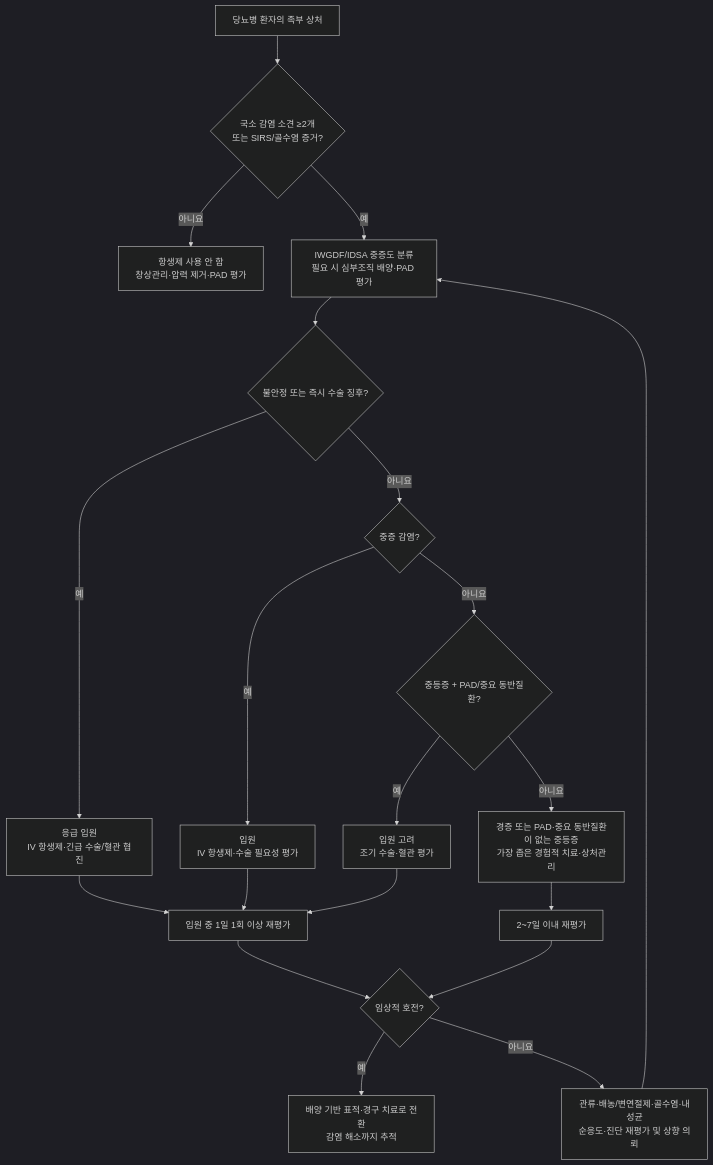
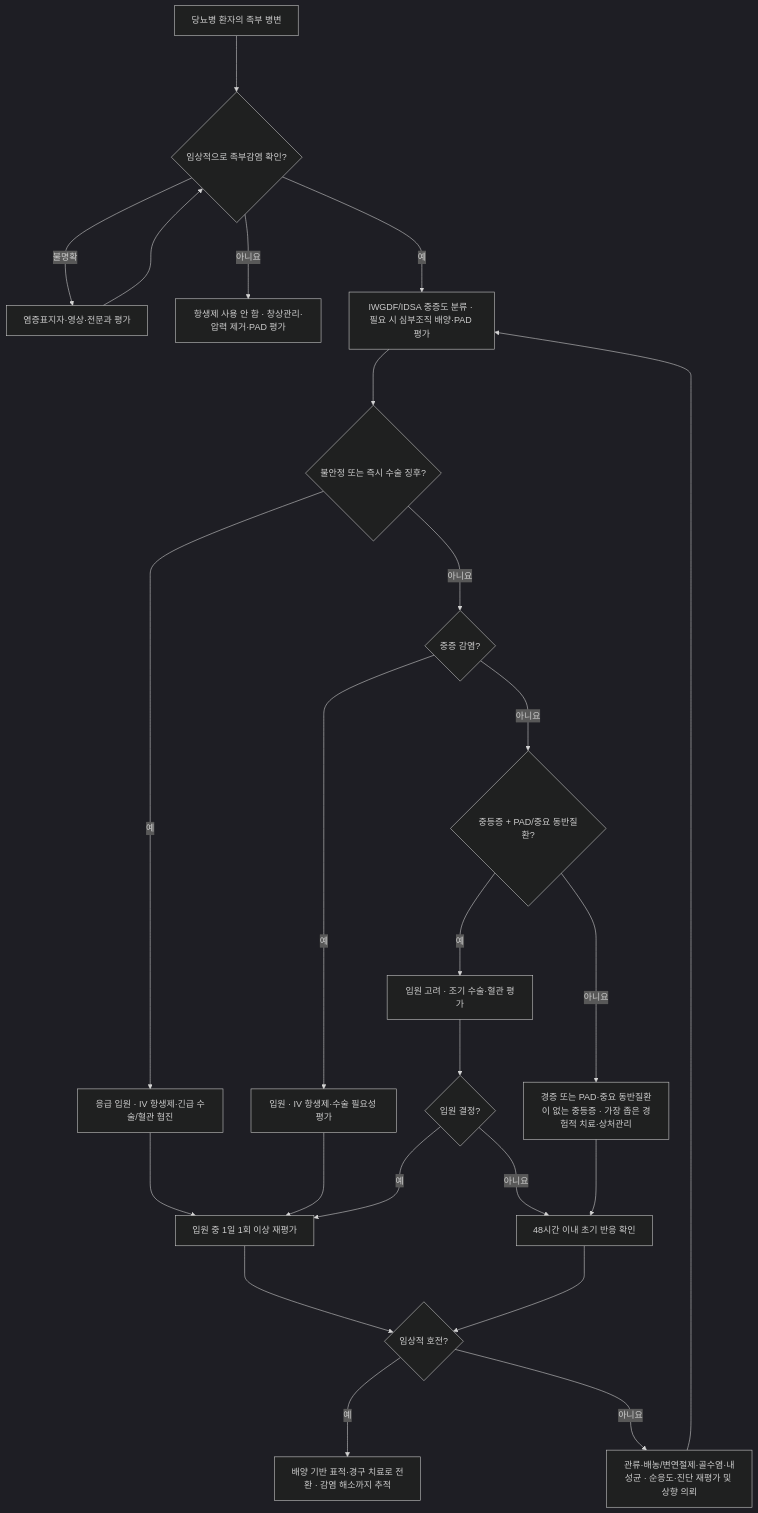
One commit to familyoh77/familyoh77 changed the diagram in 229_/171_-diabetic-foot-infection.md. Above: the diagram before and after it, drawn with Mermaid (dark theme). The commit also changed other lines of this file and 2 other files, not shown here.

````diff
--- a/229_/171_-diabetic-foot-infection.md
+++ b/229_/171_-diabetic-foot-infection.md
@@ -100,22 +104,26 @@
 ```mermaid
 flowchart TB
-    A["당뇨병 환자의 족부 상처"] --> B{"국소 감염 소견 ≥2개<br/>또는 SIRS/골수염 증거?"}
-    B -- "아니요" --> C["항생제 사용 안 함<br/>창상관리·압력 제거·PAD 평가"]
-    B -- "예" --> D["IWGDF/IDSA 중증도 분류<br/>필요 시 심부조직 배양·PAD 평가"]
-    D --> E{"불안정 또는 즉시 수술 징후?"}
-    E -- "예" --> F["응급 입원<br/>IV 항생제·긴급 수술/혈관 협진"]
-    E -- "아니요" --> O{"중증 감염?"}
-    O -- "예" --> P["입원<br/>IV 항생제·수술 필요성 평가"]
-    O -- "아니요" --> G{"중등증 + PAD/중요 동반질환?"}
-    G -- "예" --> H["입원 고려<br/>조기 수술·혈관 평가"]
-    G -- "아니요" --> I["경증 또는 PAD·중요 동반질환이 없는 중등증<br/>가장 좁은 경험적 치료·상처관리"]
-    F --> J["입원 중 1일 1회 이상 재평가"]
-    P --> J
-    H --> J
-    I --> K["2~7일 이내 재평가"]
-    J --> L{"임상적 호전?"}
-    K --> L
-    L -- "예" --> M["배양 기반 표적·경구 치료로 전환<br/>감염 해소까지 추적"]
-    L -- "아니요" --> N["관류·배농/변연절제·골수염·내성균<br/>순응도·진단 재평가 및 상향 의뢰"]
-    N --> D
+    A["당뇨병 환자의 족부 병변"] ---> B{"임상적으로 족부감염 확인?"}
+    B -- "불명확" ---> R["염증표지자·영상·전문과 평가"]
+    R ---> B
+    B -- "아니요" ---> C["항생제 사용 안 함 · 창상관리·압력 제거·PAD 평가"]
+    B -- "예" ---> D["IWGDF/IDSA 중증도 분류 · 필요 시 심부조직 배양·PAD 평가"]
+    D ---> E{"불안정 또는 즉시 수술 징후?"}
+    E -- "예" ---> F["응급 입원 · IV 항생제·긴급 수술/혈관 협진"]
+    E -- "아니요" ---> O{"중증 감염?"}
+    O -- "예" ---> P["입원 · IV 항생제·수술 필요성 평가"]
+    O -- "아니요" ---> G{"중등증 + PAD/중요 동반질환?"}
+    G -- "예" ---> H["입원 고려 · 조기 수술·혈관 평가"]
+    G -- "아니요" ---> I["경증 또는 PAD·중요 동반질환이 없는 중등증 · 가장 좁은 경험적 치료·상처관리"]
+    F ---> J["입원 중 1일 1회 이상 재평가"]
+    P ---> J
+    H ---> Q{"입원 결정?"}
+    Q -- "예" ---> J
+    Q -- "아니요" ---> K
+    I ---> K["48시간 이내 초기 반응 확인"]
+    J ---> L{"임상적 호전?"}
+    K ---> L
+    L -- "예" ---> M["배양 기반 표적·경구 치료로 전환 · 감염 해소까지 추적"]
+    L -- "아니요" ---> N["관류·배농/변연절제·골수염·내성균 · 순응도·진단 재평가 및 상향 의뢰"]
+    N ---> D
 ```
````
